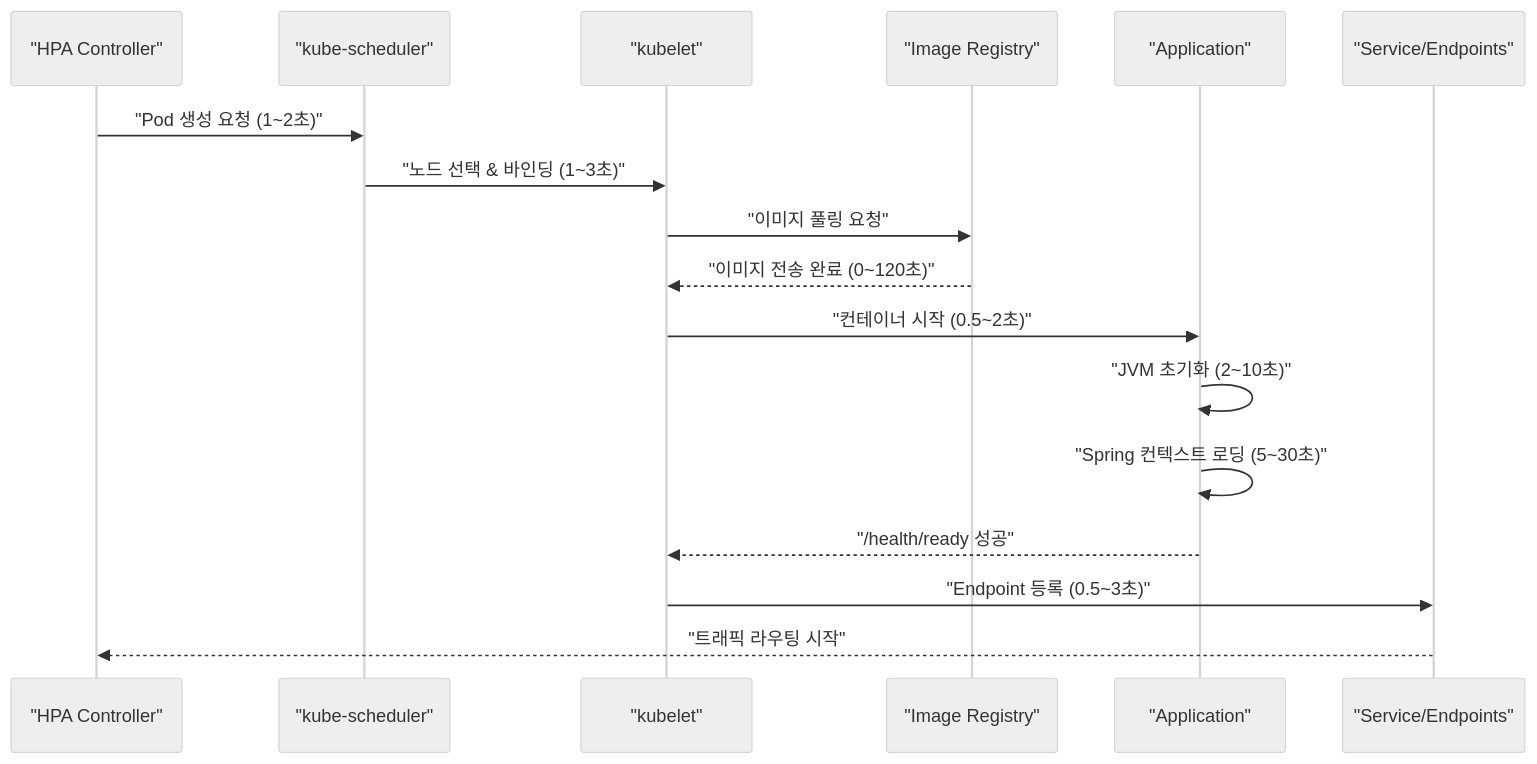
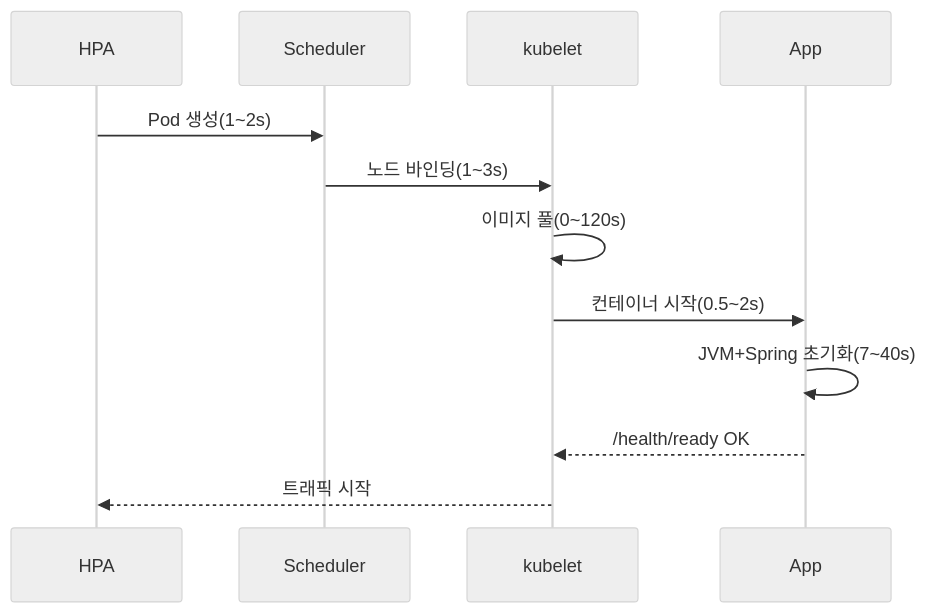
Before and after one commit to yjkim2015/yjkim2015.github.io: the first of 5 diagrams in _posts/cloud/2026-05-02-kubernetes-cold-start.md, drawn with Mermaid (neutral theme). The commit also changed other lines of this file and 215 other files, not shown here.

First line of the commit message:
신규 포스트 10개 추가 + Mermaid 전면 축소 + SystemDesign 시리즈 보강

````diff
--- a/_posts/cloud/2026-05-02-kubernetes-cold-start.md
+++ b/_posts/cloud/2026-05-02-kubernetes-cold-start.md
@@ -52,20 +52,14 @@
 ```mermaid
 sequenceDiagram
-    participant HPA as "HPA Controller"
-    participant Sched as "kube-scheduler"
-    participant Kubelet as "kubelet"
-    participant Registry as "Image Registry"
-    participant App as "Application"
-    participant EP as "Service/Endpoints"
-
-    HPA->>Sched: "Pod 생성 요청 (1~2초)"
-    Sched->>Kubelet: "노드 선택 & 바인딩 (1~3초)"
-    Kubelet->>Registry: "이미지 풀링 요청"
-    Registry-->>Kubelet: "이미지 전송 완료 (0~120초)"
-    Kubelet->>App: "컨테이너 시작 (0.5~2초)"
-    App->>App: "JVM 초기화 (2~10초)"
-    App->>App: "Spring 컨텍스트 로딩 (5~30초)"
-    App-->>Kubelet: "/health/ready 성공"
-    Kubelet->>EP: "Endpoint 등록 (0.5~3초)"
-    EP-->>HPA: "트래픽 라우팅 시작"
+    participant HPA
+    participant Sched as Scheduler
+    participant K as kubelet
+    participant App
+    HPA->>Sched: Pod 생성(1~2s)
+    Sched->>K: 노드 바인딩(1~3s)
+    K->>K: 이미지 풀(0~120s)
+    K->>App: 컨테이너 시작(0.5~2s)
+    App->>App: JVM+Spring 초기화(7~40s)
+    App-->>K: /health/ready OK
+    K-->>HPA: 트래픽 시작
 ```
````
